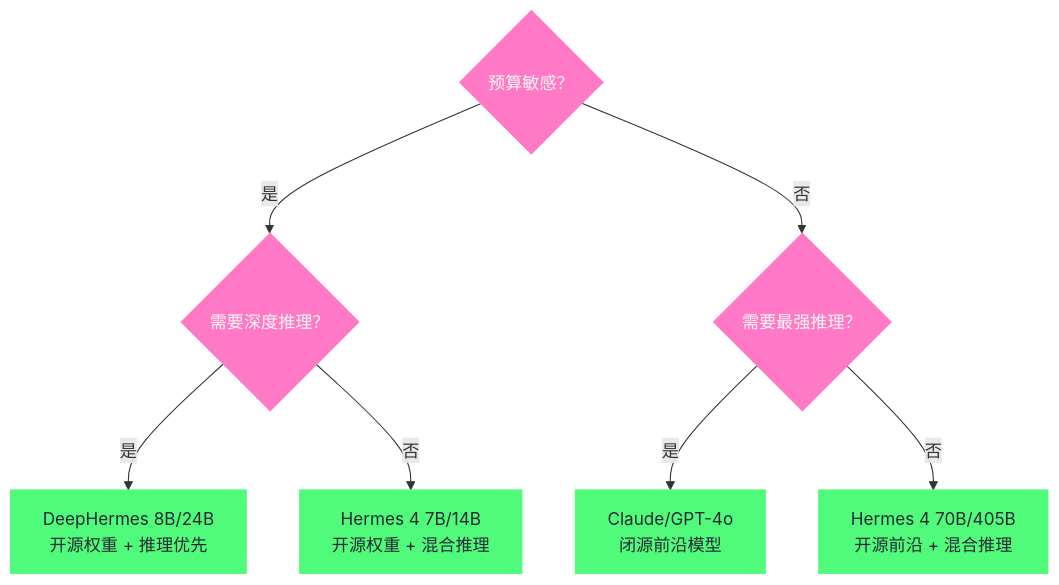
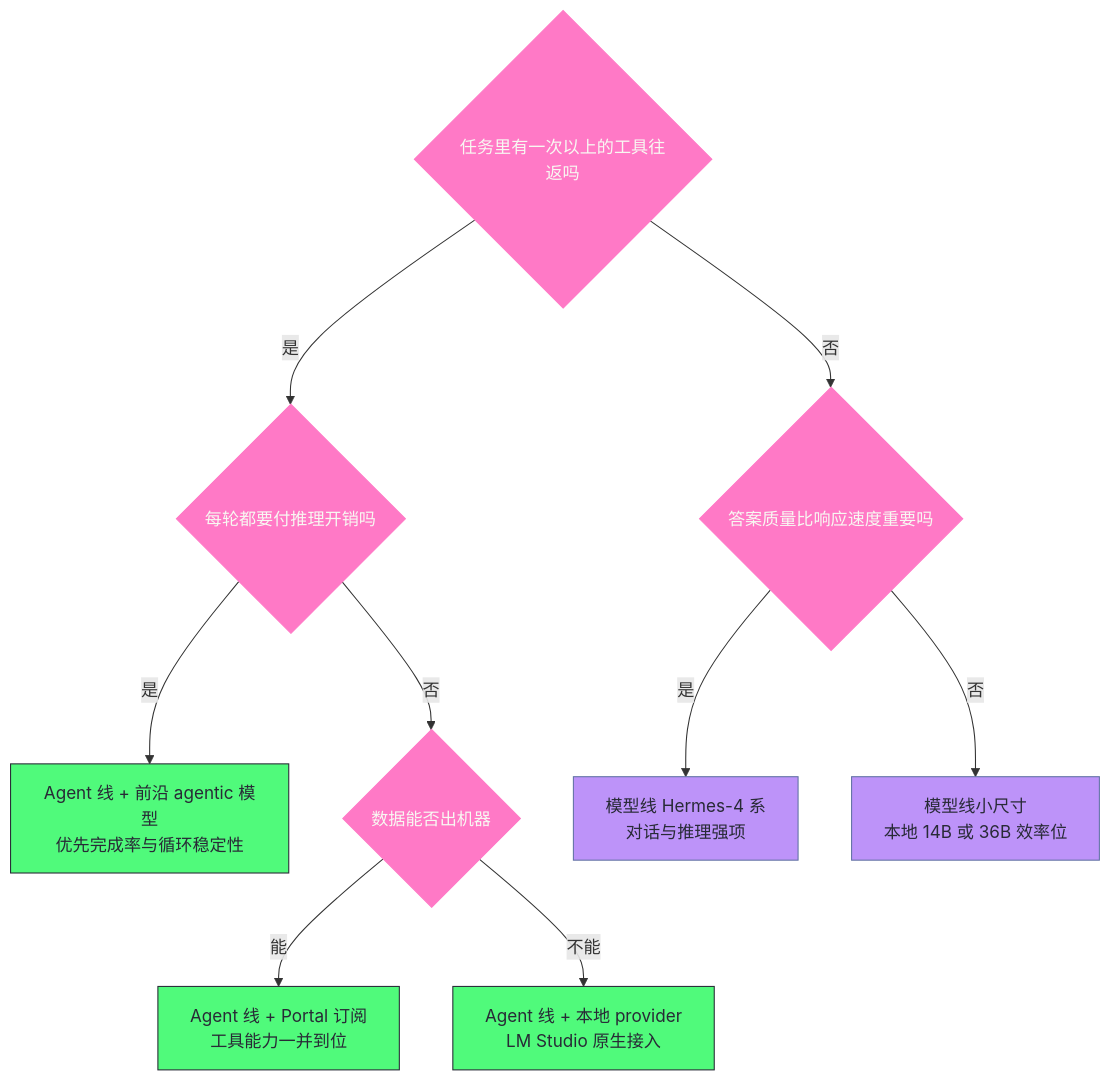
Before and after one commit to hpliStartAgain/my-brain: the fourth of 4 diagrams in content/LLM/Hermes-Agent/02 Nous Research 与 Hermes 模型谱系.md, drawn with Mermaid. The commit also changed other lines of this file and 259 other files, not shown here.

````diff
--- a/content/LLM/Hermes-Agent/02 Nous Research 与 Hermes 模型谱系.md
+++ b/content/LLM/Hermes-Agent/02 Nous Research 与 Hermes 模型谱系.md
@@ -412,16 +364,19 @@
 ```mermaid
 %%{init: {'theme': 'dracula'}}%%
 graph TD
-    Q1{"预算敏感？"}
-    Q1 -->|是| Q2{"需要深度推理？"}
-    Q1 -->|否| Q3{"需要最强推理？"}
-    Q2 -->|是| DH["DeepHermes 8B/24B<br/>开源权重 + 推理优先"]
-    Q2 -->|否| H4S["Hermes 4 7B/14B<br/>开源权重 + 混合推理"]
-    Q3 -->|是| C["Claude/GPT-4o<br/>闭源前沿模型"]
-    Q3 -->|否| H4L["Hermes 4 70B/405B<br/>开源前沿 + 混合推理"]
+    Q0{"任务里有一次以上的工具往返吗"} -->|是| Q1{"每轮都要付推理开销吗"}
+    Q0 -->|否| Q2{"答案质量比响应速度重要吗"}
+    Q1 -->|是| A1["Agent 线 + 前沿 agentic 模型<br/>优先完成率与循环稳定性"]
+    Q1 -->|否| Q3{"数据能否出机器"}
+    Q3 -->|能| A2["Agent 线 + Portal 订阅<br/>工具能力一并到位"]
+    Q3 -->|不能| A3["Agent 线 + 本地 provider<br/>LM Studio 原生接入"]
+    Q2 -->|是| M1["模型线 Hermes-4 系<br/>对话与推理强项"]
+    Q2 -->|否| M2["模型线小尺寸<br/>本地 14B 或 36B 效率位"]
 
-    classDef decision fill:#50fa7b,stroke:#50fa7b,color:#282a36
-    classDef question fill:#ff79c6,stroke:#ff79c6,color:#f8f8f2
-    class Q1,Q2,Q3 question
-    class DH,H4S,C,H4L decision
+    classDef ask fill:#ff79c6,stroke:#ff79c6,color:#f8f8f2
+    classDef model fill:#bd93f9,stroke:#6272a4,color:#282a36
+    classDef agent fill:#50fa7b,stroke:#282a36,color:#282a36
+    class Q0,Q1,Q2,Q3 ask
+    class M1,M2 model
+    class A1,A2,A3 agent
 ```
````
